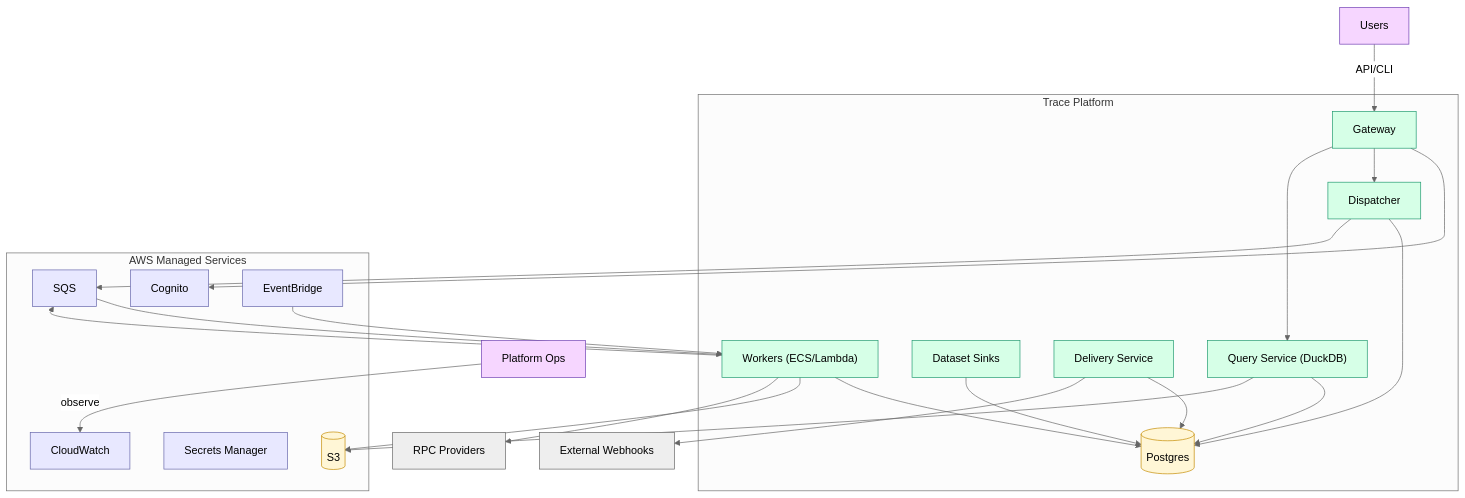
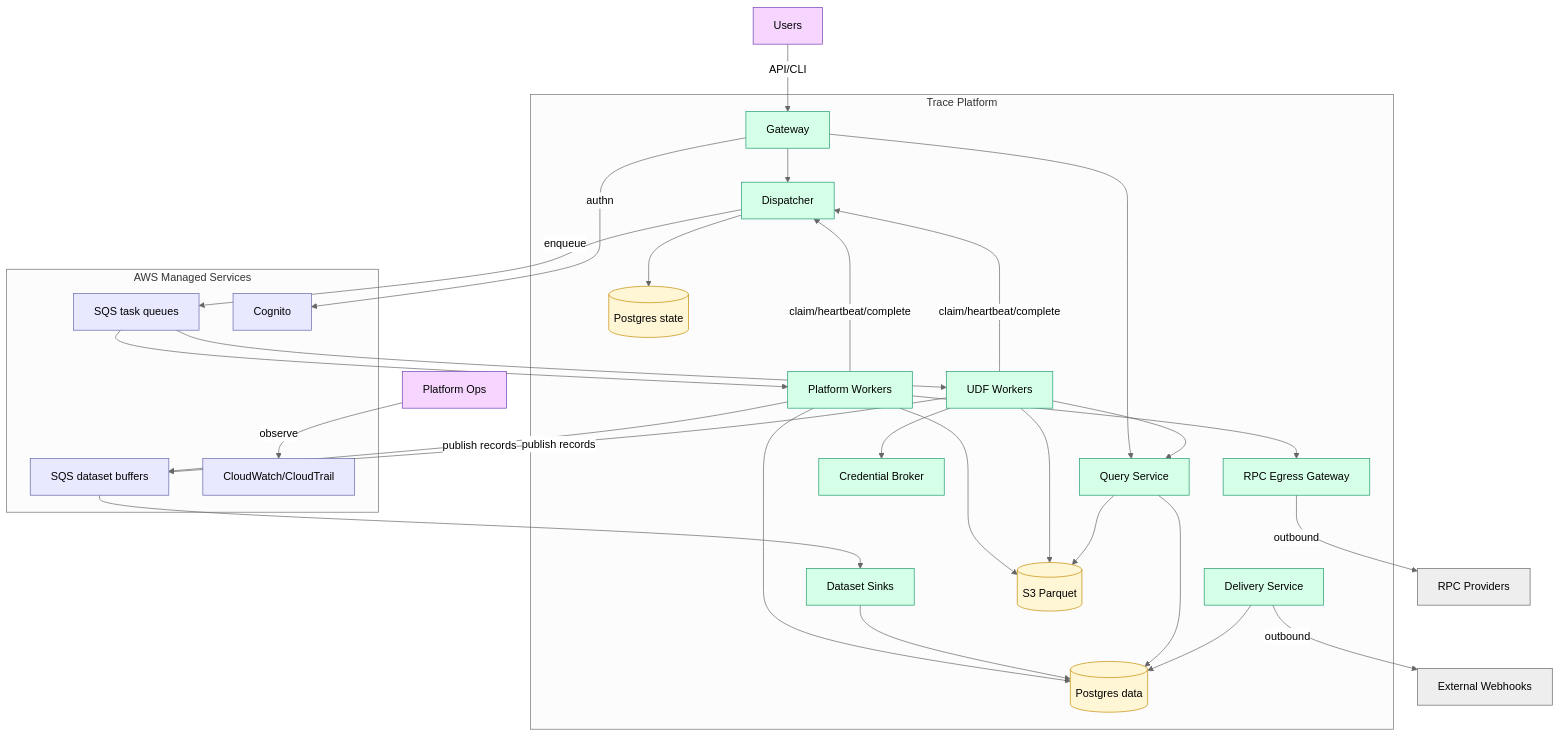
Before and after one commit to c7121/trace: the second of 2 diagrams in docs/readme.md, drawn with Mermaid (neutral theme). The commit also changed other lines of this file and 2 other files, not shown here.

Commit message:
diagrams

````diff
--- a/docs/readme.md
+++ b/docs/readme.md
@@ -89,52 +89,73 @@
 ```mermaid
 flowchart TB
     users["Users"]:::person
     ops["Platform Ops"]:::person
+    rpc["RPC Providers"]:::ext
+    webhooks["External Webhooks"]:::ext
 
     subgraph Trace["Trace Platform"]
         gateway["Gateway"]:::container
         dispatcher["Dispatcher"]:::container
-        workers["Workers (ECS/Lambda)"]:::container
+        query["Query Service"]:::container
+        broker["Credential Broker"]:::container
+        rpcgw["RPC Egress Gateway"]:::container
+        delivery["Delivery Service"]:::container
         sinks["Dataset Sinks"]:::container
-        delivery["Delivery Service"]:::container
-        query["Query Service (DuckDB)"]:::container
-        postgres[("Postgres")]:::database
+
+        platform_workers["Platform Workers"]:::container
+        udf_workers["UDF Workers"]:::container
+
+        pg_state[("Postgres state")]:::database
+        pg_data[("Postgres data")]:::database
+        s3[("S3 Parquet")]:::database
     end
 
     subgraph AWS["AWS Managed Services"]
-        sqs["SQS"]:::infra
-        s3[("S3")]:::database
+        task_sqs["SQS task queues"]:::infra
+        buffer_sqs["SQS dataset buffers"]:::infra
         cognito["Cognito"]:::infra
-        secrets["Secrets Manager"]:::infra
-        eventbridge["EventBridge"]:::infra
-        cloudwatch["CloudWatch"]:::infra
+        cloudwatch["CloudWatch/CloudTrail"]:::infra
     end
-
-    rpc["RPC Providers"]:::ext
-    webhooks["External Webhooks"]:::ext
 
     users -->|API/CLI| gateway
     ops -->|observe| cloudwatch
-    gateway --> cognito
+
+    gateway -->|authn| cognito
     gateway --> dispatcher
     gateway --> query
-    dispatcher --> postgres
-    dispatcher --> sqs
-    sqs --> workers
-    workers --> postgres
-    workers --> s3
-    workers --> sqs
-    workers --> rpc
-    sinks --> postgres
-    query --> postgres
+
+    dispatcher --> pg_state
+    dispatcher -->|enqueue| task_sqs
+
+    task_sqs --> platform_workers
+    task_sqs --> udf_workers
+
+    platform_workers -->|claim/heartbeat/complete| dispatcher
+    udf_workers -->|claim/heartbeat/complete| dispatcher
+
+    platform_workers --> pg_data
+    platform_workers --> s3
+    platform_workers -->|publish records| buffer_sqs
+    platform_workers --> rpcgw
+
+    udf_workers --> query
+    udf_workers --> broker
+    udf_workers --> s3
+    udf_workers -->|publish records| buffer_sqs
+
+    buffer_sqs --> sinks
+    sinks --> pg_data
+
+    query --> pg_data
     query --> s3
-    delivery --> postgres
-    delivery --> webhooks
-    eventbridge --> workers
+
+    rpcgw -->|outbound| rpc
+    delivery --> pg_data
+    delivery -->|outbound| webhooks
 
     classDef person fill:#f6d6ff,stroke:#6f3fb3,color:#000;
     classDef container fill:#d6ffe7,stroke:#1f9a6f,color:#000;
     classDef database fill:#fff6d6,stroke:#c58b00,color:#000;
     classDef infra fill:#e8e8ff,stroke:#6666aa,color:#000;
     classDef ext fill:#eee,stroke:#666,color:#000;
 ```
````
